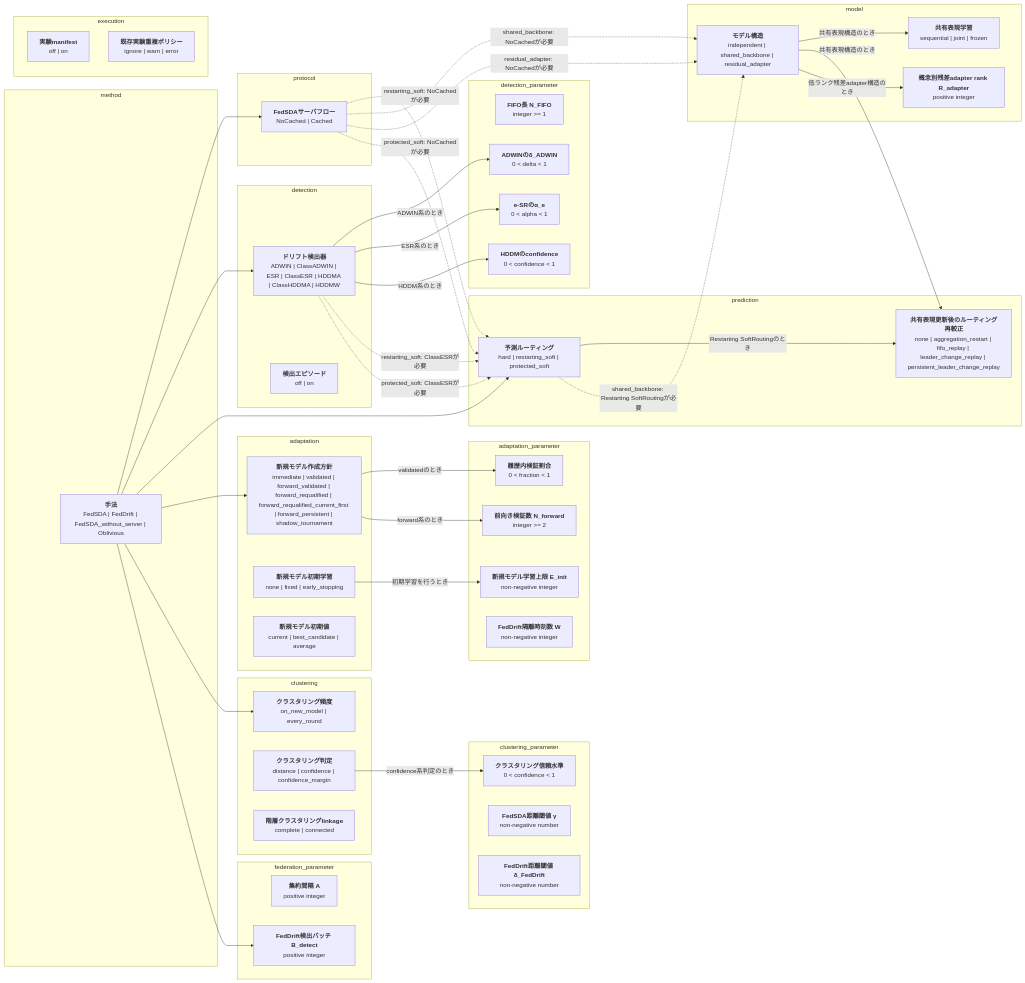
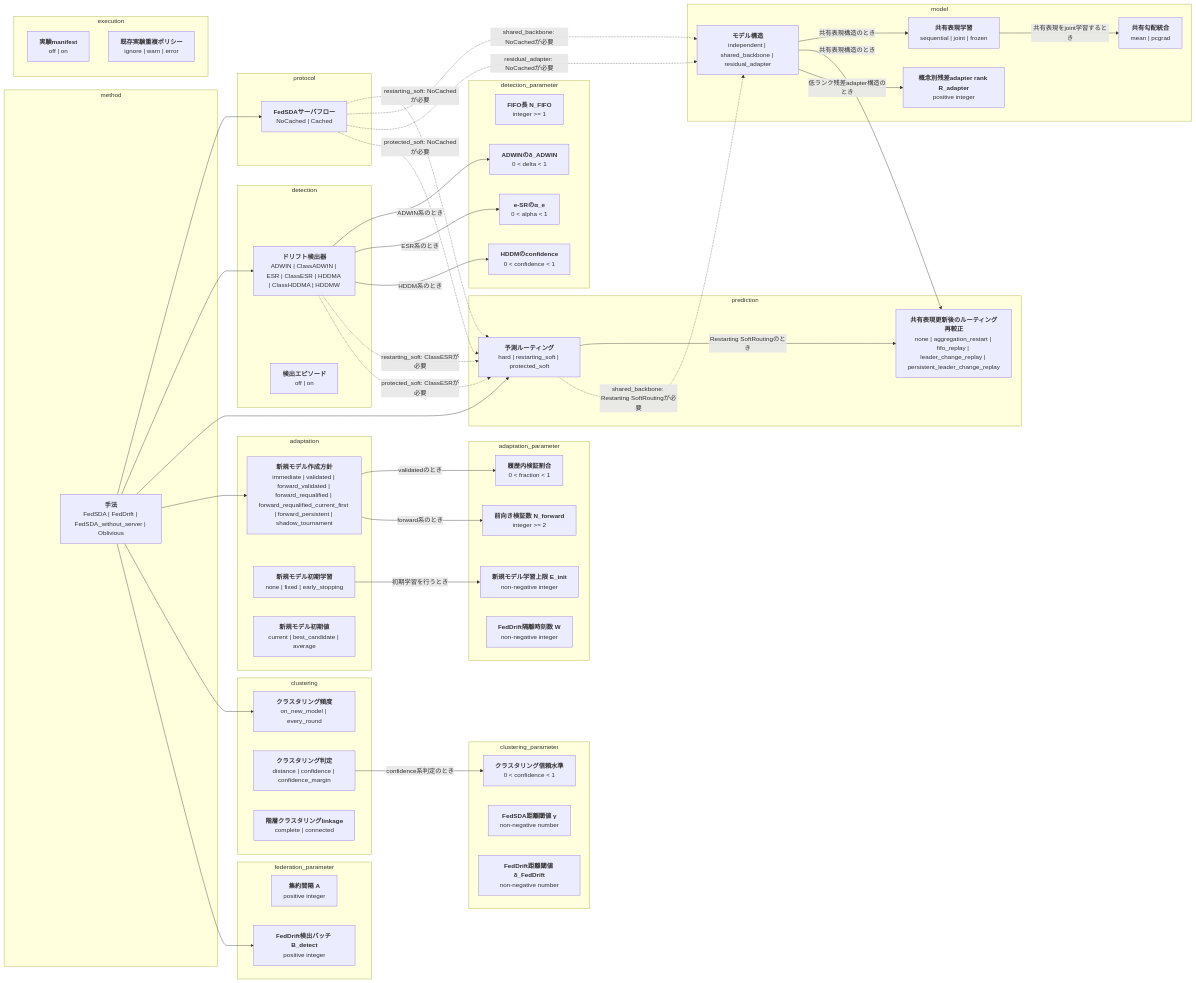
The first of 2 diagrams in docs/options.md (shimmen3141/FedSDA-experiment), drawn with Mermaid before and after one commit. The commit also changed other lines of this file and 18 other files, not shown here.

Commit message:
Add gradient conflict mitigation for shared models

```diff
--- a/docs/options.md
+++ b/docs/options.md
@@ -34,6 +34,7 @@
   subgraph group_model[model]
     model_architecture["<b>モデル構造</b><br/>independent | shared_backbone | residual_adapter"]
     shared_backbone_training["<b>共有表現学習</b><br/>sequential | joint | frozen"]
+    shared_backbone_gradient_strategy["<b>共有勾配統合</b><br/>mean | pcgrad"]
     shared_adapter_rank["<b>概念別残差adapter rank R_adapter</b><br/>positive integer"]
   end
   subgraph group_adaptation[adaptation]
@@ -72,6 +73,7 @@
     duplicate_policy["<b>既存実験重複ポリシー</b><br/>ignore | warn | error"]
   end
   model_architecture -->|"共有表現構造のとき"| shared_backbone_training
+  shared_backbone_training -->|"共有表現をjoint学習するとき"| shared_backbone_gradient_strategy
   model_architecture -->|"共有表現構造のとき"| shared_backbone_routing_recalibration
   routing -->|"Restarting SoftRoutingのとき"| shared_backbone_routing_recalibration
   model_architecture -->|"低ランク残差adapter構造のとき"| shared_adapter_rank
```
